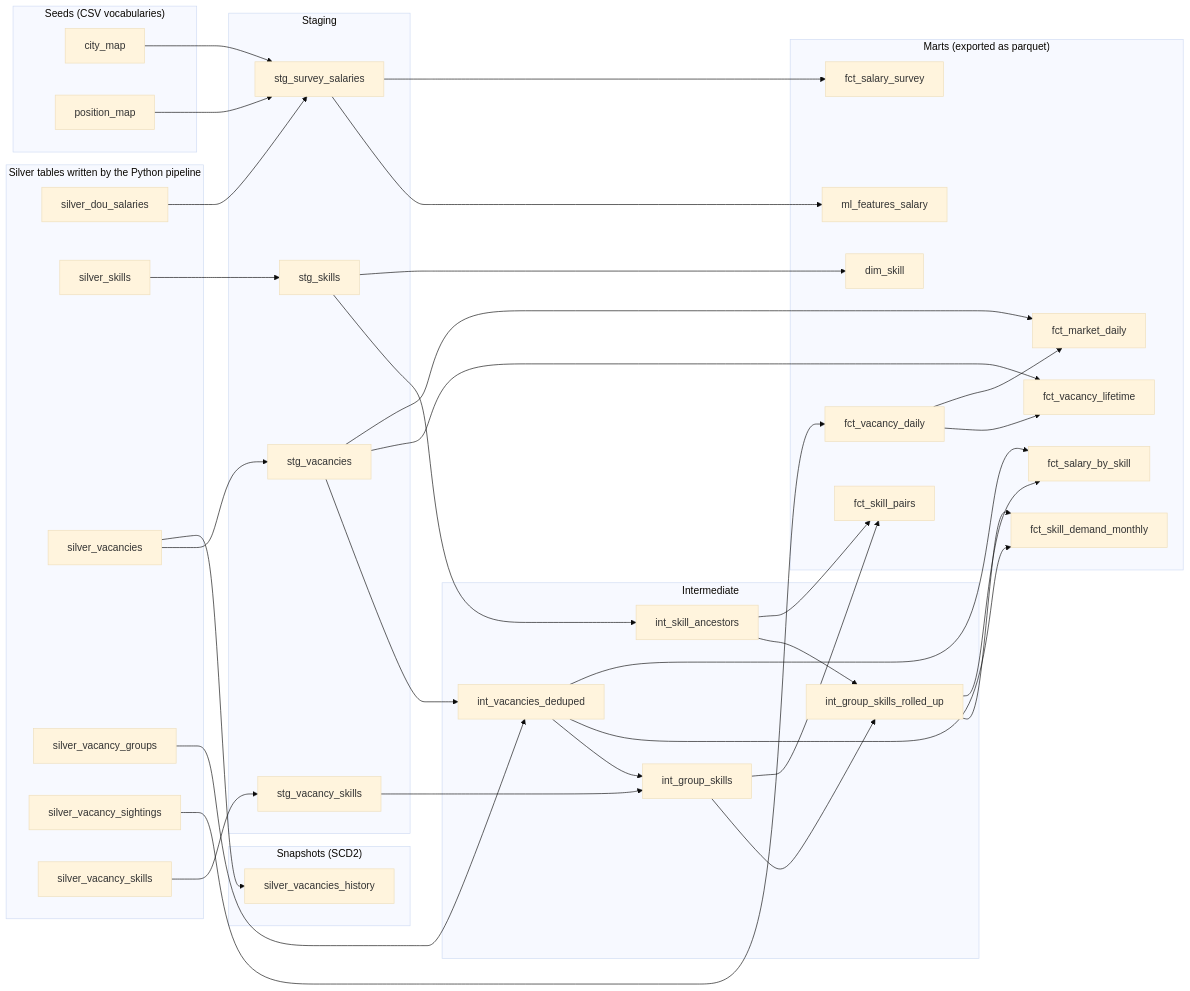
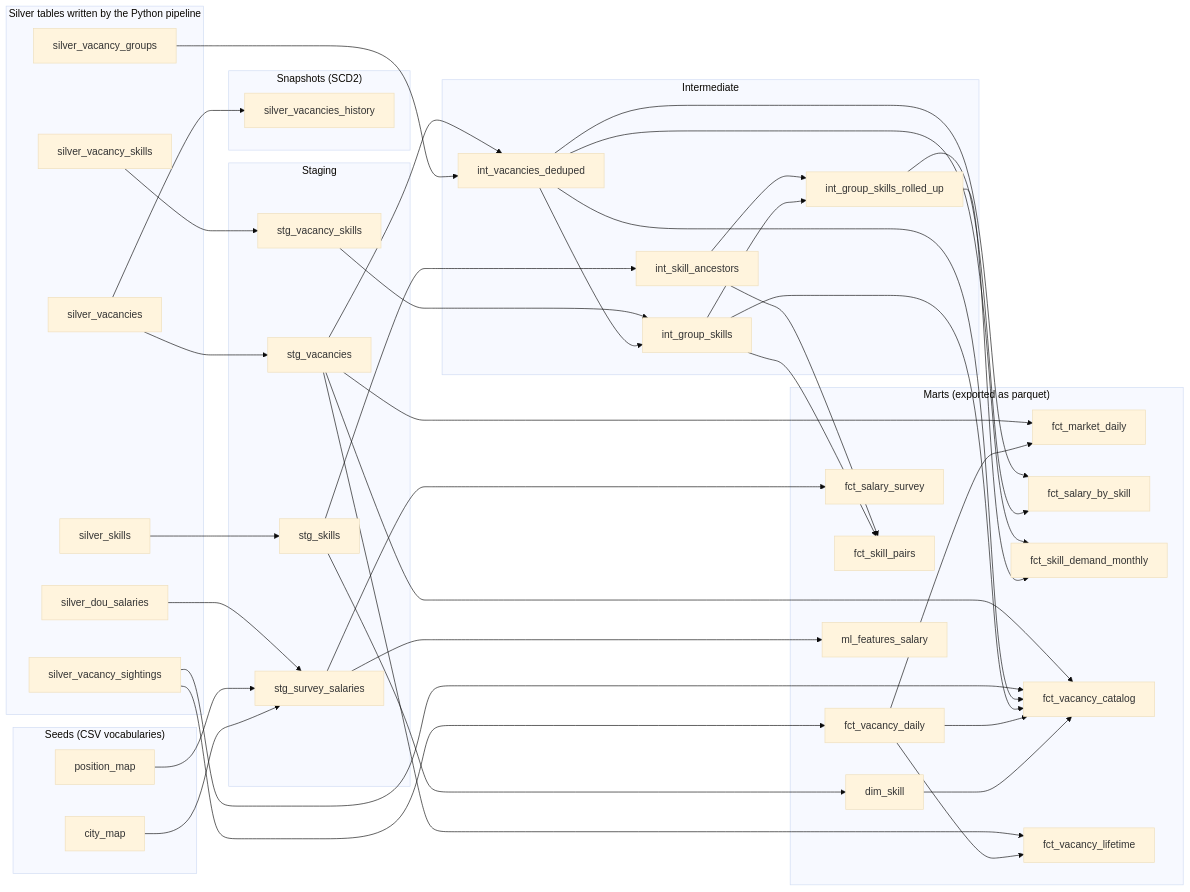
One commit to conlusive/Dataward changed the diagram in docs/lineage.md. Above: the diagram before and after it, drawn with Mermaid (base theme). The commit also changed 29 other files, not shown here.

First line of the commit message:
Add a vacancy catalog and a pixel-terminal look with a logo (#27)

````diff
--- a/docs/lineage.md
+++ b/docs/lineage.md
@@ -6,69 +6,76 @@
 ```mermaid
 graph LR
   subgraph sources["Silver tables written by the Python pipeline"]
     src_silver_dou_salaries[silver_dou_salaries]
     src_silver_skills[silver_skills]
     src_silver_vacancies[silver_vacancies]
     src_silver_vacancy_groups[silver_vacancy_groups]
     src_silver_vacancy_sightings[silver_vacancy_sightings]
     src_silver_vacancy_skills[silver_vacancy_skills]
   end
   subgraph seeds["Seeds (CSV vocabularies)"]
     city_map[city_map]
     position_map[position_map]
   end
   subgraph snapshots["Snapshots (SCD2)"]
     silver_vacancies_history[silver_vacancies_history]
   end
   subgraph staging["Staging"]
     stg_skills[stg_skills]
     stg_survey_salaries[stg_survey_salaries]
     stg_vacancies[stg_vacancies]
     stg_vacancy_skills[stg_vacancy_skills]
   end
   subgraph intermediate["Intermediate"]
     int_group_skills[int_group_skills]
     int_group_skills_rolled_up[int_group_skills_rolled_up]
     int_skill_ancestors[int_skill_ancestors]
     int_vacancies_deduped[int_vacancies_deduped]
   end
   subgraph marts["Marts (exported as parquet)"]
     dim_skill[dim_skill]
     fct_market_daily[fct_market_daily]
     fct_salary_by_skill[fct_salary_by_skill]
     fct_salary_survey[fct_salary_survey]
     fct_skill_demand_monthly[fct_skill_demand_monthly]
     fct_skill_pairs[fct_skill_pairs]
+    fct_vacancy_catalog[fct_vacancy_catalog]
     fct_vacancy_daily[fct_vacancy_daily]
     fct_vacancy_lifetime[fct_vacancy_lifetime]
     ml_features_salary[ml_features_salary]
   end
   city_map --> stg_survey_salaries
+  dim_skill --> fct_vacancy_catalog
   fct_vacancy_daily --> fct_market_daily
+  fct_vacancy_daily --> fct_vacancy_catalog
   fct_vacancy_daily --> fct_vacancy_lifetime
   int_group_skills --> fct_skill_pairs
+  int_group_skills --> fct_vacancy_catalog
   int_group_skills --> int_group_skills_rolled_up
   int_group_skills_rolled_up --> fct_salary_by_skill
   int_group_skills_rolled_up --> fct_skill_demand_monthly
   int_skill_ancestors --> fct_skill_pairs
   int_skill_ancestors --> int_group_skills_rolled_up
   int_vacancies_deduped --> fct_salary_by_skill
   int_vacancies_deduped --> fct_skill_demand_monthly
+  int_vacancies_deduped --> fct_vacancy_catalog
   int_vacancies_deduped --> int_group_skills
   position_map --> stg_survey_salaries
   src_silver_dou_salaries --> stg_survey_salaries
   src_silver_skills --> stg_skills
   src_silver_vacancies --> silver_vacancies_history
   src_silver_vacancies --> stg_vacancies
   src_silver_vacancy_groups --> int_vacancies_deduped
+  src_silver_vacancy_sightings --> fct_vacancy_catalog
   src_silver_vacancy_sightings --> fct_vacancy_daily
   src_silver_vacancy_skills --> stg_vacancy_skills
   stg_skills --> dim_skill
   stg_skills --> int_skill_ancestors
   stg_survey_salaries --> fct_salary_survey
   stg_survey_salaries --> ml_features_salary
   stg_vacancies --> fct_market_daily
+  stg_vacancies --> fct_vacancy_catalog
   stg_vacancies --> fct_vacancy_lifetime
   stg_vacancies --> int_vacancies_deduped
   stg_vacancy_skills --> int_group_skills
 ```
````
